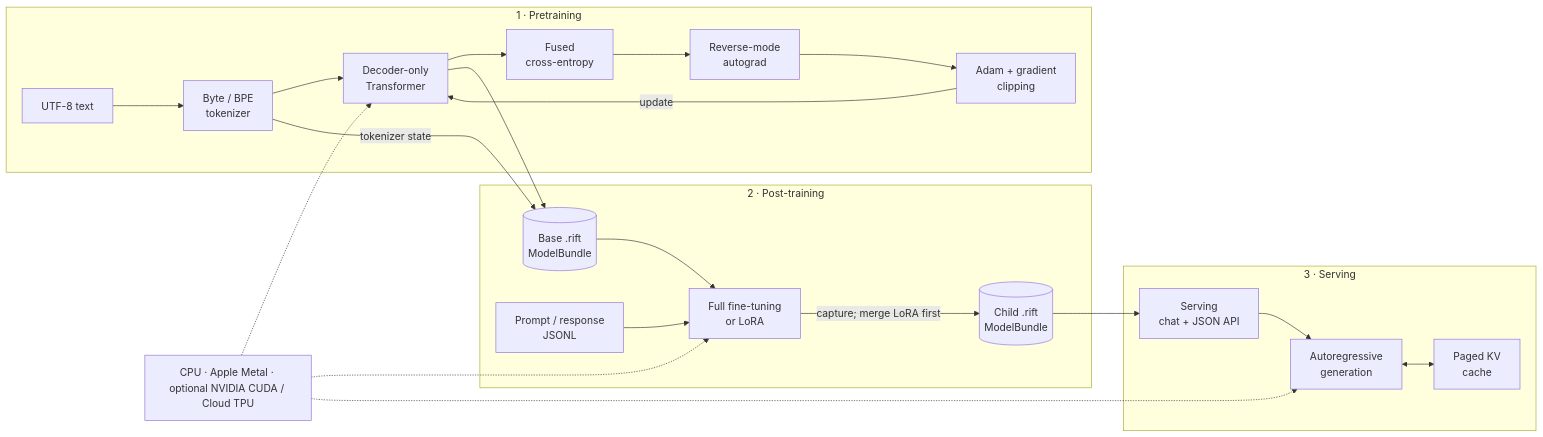
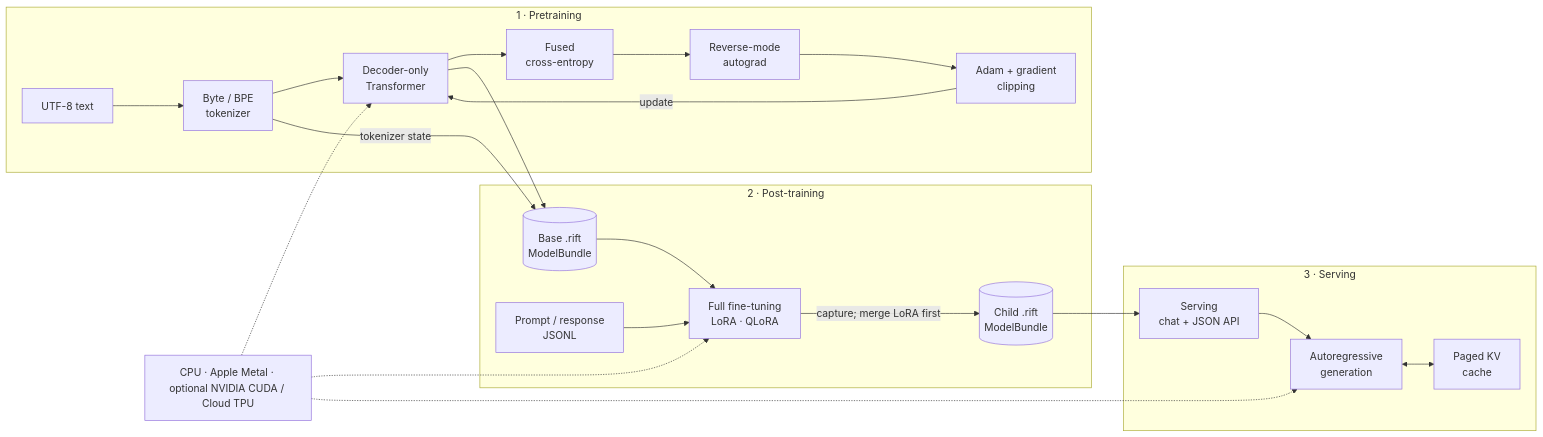
One commit to quangng2000/riftco-transformer changed the first of 2 diagrams in README.md. Above: the diagram before and after it, drawn with Mermaid. The commit also changed other lines of this file and 90 other files, not shown here.

````diff
--- a/README.md
+++ b/README.md
@@ -43,30 +57,30 @@
 ```mermaid
 flowchart LR
     subgraph P["1 · Pretraining"]
         Text["UTF-8 text"] --> Tokens["Byte / BPE<br/>tokenizer"]
         Tokens --> Model["Decoder-only<br/>Transformer"]
         Model --> Loss["Fused<br/>cross-entropy"]
         Loss --> Grad["Reverse-mode<br/>autograd"]
         Grad --> Adam["Adam + gradient<br/>clipping"]
         Adam -->|update| Model
     end
 
     Model --> Base[("Base .rift<br/>ModelBundle")]
     Tokens -->|tokenizer state| Base
 
     subgraph T["2 · Post-training"]
-        Base --> Tune["Full fine-tuning<br/>or LoRA"]
+        Base --> Tune["Full fine-tuning<br/>LoRA · QLoRA"]
         Instructions["Prompt / response<br/>JSONL"] --> Tune
         Tune -->|capture; merge LoRA first| Child[("Child .rift<br/>ModelBundle")]
     end
 
     subgraph S["3 · Serving"]
         Child --> API["Serving<br/>chat + JSON API"]
         API --> Decode["Autoregressive<br/>generation"]
         Decode <--> Cache["Paged KV<br/>cache"]
     end
 
     Runtime["CPU · Apple Metal · optional NVIDIA CUDA / Cloud TPU"] -.-> Model
     Runtime -.-> Tune
     Runtime -.-> Decode
 ```
````
